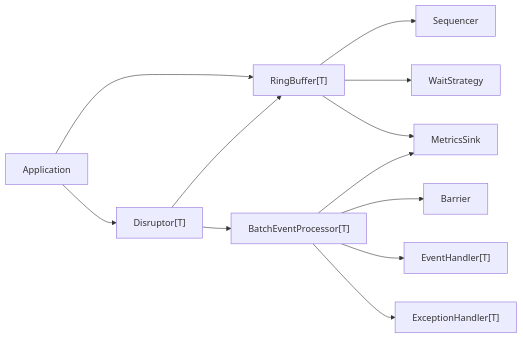
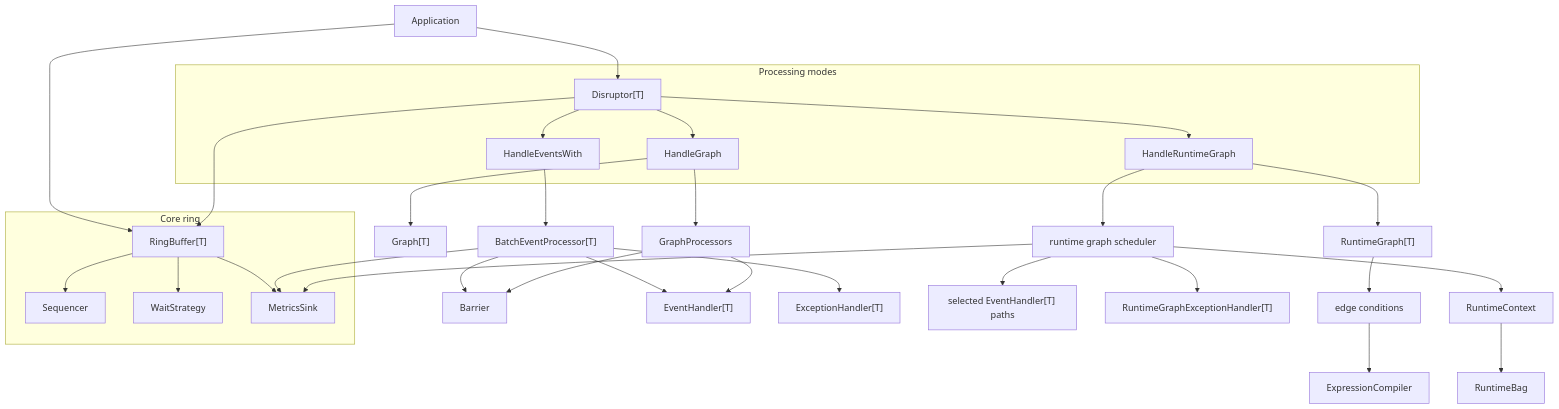
The first of 5 diagrams in README.md (photowey/disruptor.go), drawn with Mermaid before and after one commit. The commit also changed other lines of this file and 3 other files, not shown here.

Commit message:
docs: sync runtime graph diagrams

````diff
--- a/README.md
+++ b/README.md
@@ -165,14 +165,38 @@
 ```mermaid
-flowchart LR
+flowchart TB
     App["Application"] --> D["Disruptor[T]"]
     App --> RB["RingBuffer[T]"]
     D --> RB
-    RB --> S["Sequencer"]
-    RB --> W["WaitStrategy"]
-    RB --> M["MetricsSink"]
-    D --> P["BatchEventProcessor[T]"]
+
+    subgraph Core["Core ring"]
+        RB --> S["Sequencer"]
+        RB --> W["WaitStrategy"]
+        RB --> M["MetricsSink"]
+    end
+
+    subgraph Modes["Processing modes"]
+        D --> Fanout["HandleEventsWith"]
+        D --> StaticGraph["HandleGraph"]
+        D --> RuntimeGraphMode["HandleRuntimeGraph"]
+    end
+
+    Fanout --> P["BatchEventProcessor[T]"]
+    StaticGraph --> G["Graph[T]"]
+    StaticGraph --> GP["GraphProcessors"]
+    RuntimeGraphMode --> RG["RuntimeGraph[T]"]
+    RuntimeGraphMode --> RSP["runtime graph scheduler"]
+
     P --> B["Barrier"]
     P --> H["EventHandler[T]"]
     P --> E["ExceptionHandler[T]"]
+    GP --> B
+    GP --> H
+    RG --> EC["edge conditions"]
+    EC --> XC["ExpressionCompiler"]
+    RSP --> RC["RuntimeContext"]
+    RC --> Bag["RuntimeBag"]
+    RSP --> RH["selected EventHandler[T] paths"]
+    RSP --> RE["RuntimeGraphExceptionHandler[T]"]
     P --> M
+    RSP --> M
 ```
````
